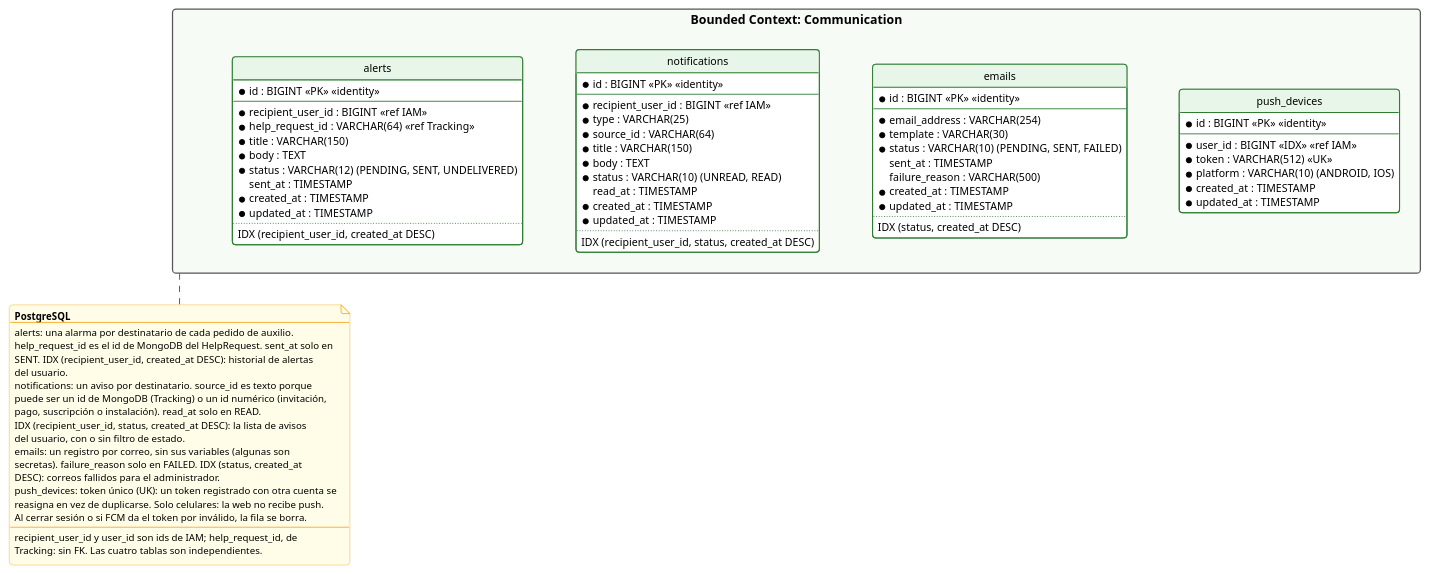
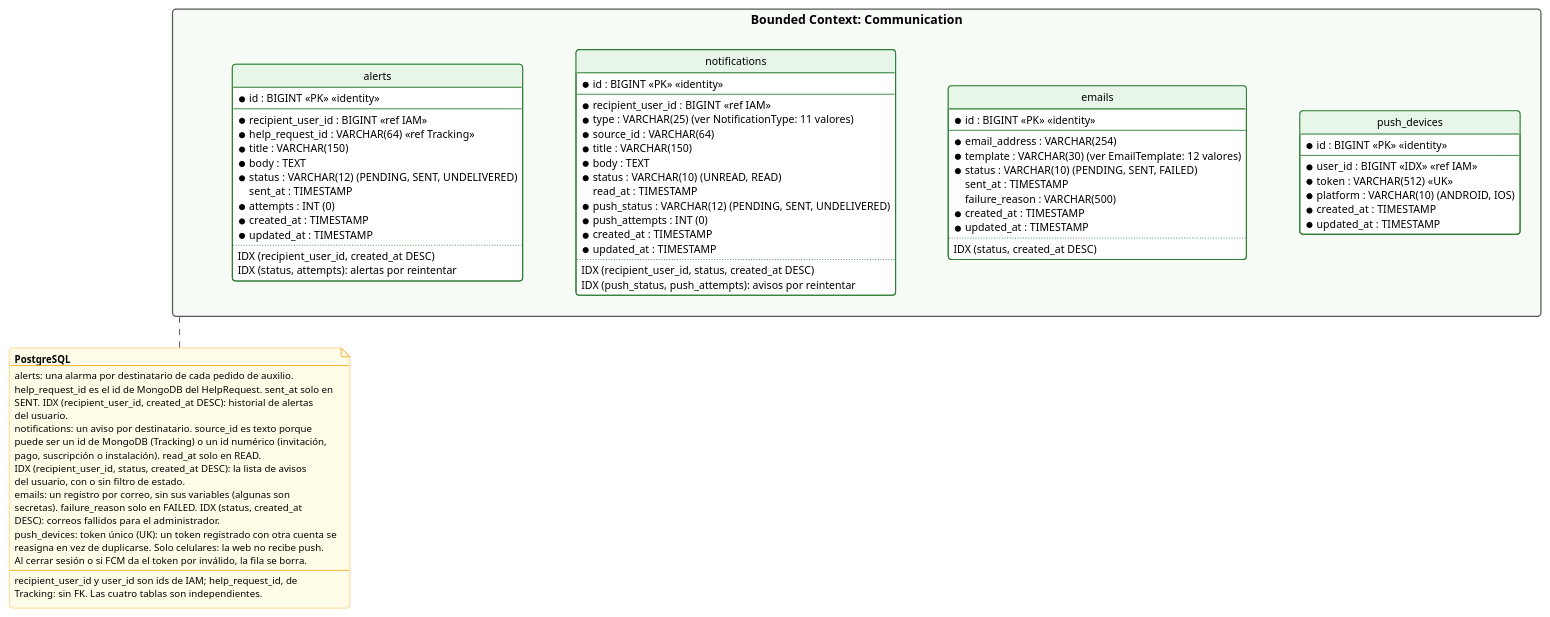
Before and after one commit to resolum/aliva-documentation: the diagram in images/diagrams/code/communication/communication-database-diagram.puml, drawn with PlantUML. The commit also changed 6 other files, not shown here.

Commit message:
feat(diagrams): update database diagrams to include new fields for notifications, emails, and devices, enhancing tracking and management capabilities

```diff
--- a/images/diagrams/code/communication/communication-database-diagram.puml
+++ b/images/diagrams/code/communication/communication-database-diagram.puml
@@ -1,115 +1,120 @@
 @startuml
 hide circle
 skinparam packageStyle rectangle
 skinparam linetype ortho
 skinparam shadowing false
 skinparam roundCorner 8
 skinparam defaultFontName Arial
 skinparam defaultFontSize 12
 skinparam nodesep 60
 skinparam ranksep 60
 skinparam class {
   BackgroundColor #FFFFFF
   BorderColor #2E7D32
   BorderThickness 1.2
   HeaderBackgroundColor #E8F5E9
   ArrowColor #444444
 }
 skinparam package {
   BorderColor #555555
   FontStyle bold
   FontSize 14
   BorderThickness 1.4
 }
 skinparam note {
   BackgroundColor #FFFDE7
   BorderColor #F9A825
   FontSize 11
 }
 
 package "Bounded Context: Communication" as ctx_comm #F6FBF6 {
 
   entity "alerts" as alerts {
     * id : BIGINT <<PK>> <<identity>>
     --
     * recipient_user_id : BIGINT <<ref IAM>>
     * help_request_id : VARCHAR(64) <<ref Tracking>>
     * title : VARCHAR(150)
     * body : TEXT
     * status : VARCHAR(12) (PENDING, SENT, UNDELIVERED)
     sent_at : TIMESTAMP
+    * attempts : INT (0)
     * created_at : TIMESTAMP
     * updated_at : TIMESTAMP
     ..
     IDX (recipient_user_id, created_at DESC)
+    IDX (status, attempts): alertas por reintentar
   }
 
   entity "notifications" as notifications {
     * id : BIGINT <<PK>> <<identity>>
     --
     * recipient_user_id : BIGINT <<ref IAM>>
-    * type : VARCHAR(25)
+    * type : VARCHAR(25) (ver NotificationType: 11 valores)
     * source_id : VARCHAR(64)
     * title : VARCHAR(150)
     * body : TEXT
     * status : VARCHAR(10) (UNREAD, READ)
     read_at : TIMESTAMP
+    * push_status : VARCHAR(12) (PENDING, SENT, UNDELIVERED)
+    * push_attempts : INT (0)
     * created_at : TIMESTAMP
     * updated_at : TIMESTAMP
     ..
     IDX (recipient_user_id, status, created_at DESC)
+    IDX (push_status, push_attempts): avisos por reintentar
   }
 
   entity "emails" as emails {
     * id : BIGINT <<PK>> <<identity>>
     --
     * email_address : VARCHAR(254)
-    * template : VARCHAR(30)
+    * template : VARCHAR(30) (ver EmailTemplate: 12 valores)
     * status : VARCHAR(10) (PENDING, SENT, FAILED)
     sent_at : TIMESTAMP
     failure_reason : VARCHAR(500)
     * created_at : TIMESTAMP
     * updated_at : TIMESTAMP
     ..
     IDX (status, created_at DESC)
   }
 
   entity "push_devices" as devices {
     * id : BIGINT <<PK>> <<identity>>
     --
     * user_id : BIGINT <<IDX>> <<ref IAM>>
     * token : VARCHAR(512) <<UK>>
     * platform : VARCHAR(10) (ANDROID, IOS)
     * created_at : TIMESTAMP
     * updated_at : TIMESTAMP
   }
 }
 
 alerts -[hidden]right- notifications
 notifications -[hidden]right- emails
 emails -[hidden]right- devices
 
 note bottom of ctx_comm
   <b>PostgreSQL</b>
   --
   alerts: una alarma por destinatario de cada pedido de auxilio.
   help_request_id es el id de MongoDB del HelpRequest. sent_at solo en
   SENT. IDX (recipient_user_id, created_at DESC): historial de alertas
   del usuario.
   notifications: un aviso por destinatario. source_id es texto porque
   puede ser un id de MongoDB (Tracking) o un id numérico (invitación,
   pago, suscripción o instalación). read_at solo en READ.
   IDX (recipient_user_id, status, created_at DESC): la lista de avisos
   del usuario, con o sin filtro de estado.
   emails: un registro por correo, sin sus variables (algunas son
   secretas). failure_reason solo en FAILED. IDX (status, created_at
   DESC): correos fallidos para el administrador.
   push_devices: token único (UK): un token registrado con otra cuenta se
   reasigna en vez de duplicarse. Solo celulares: la web no recibe push.
   Al cerrar sesión o si FCM da el token por inválido, la fila se borra.
   --
   recipient_user_id y user_id son ids de IAM; help_request_id, de
   Tracking: sin FK. Las cuatro tablas son independientes.
 end note
 
 @enduml
```
